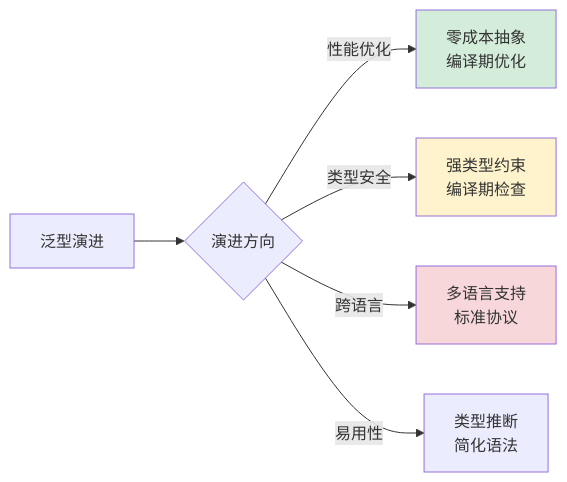
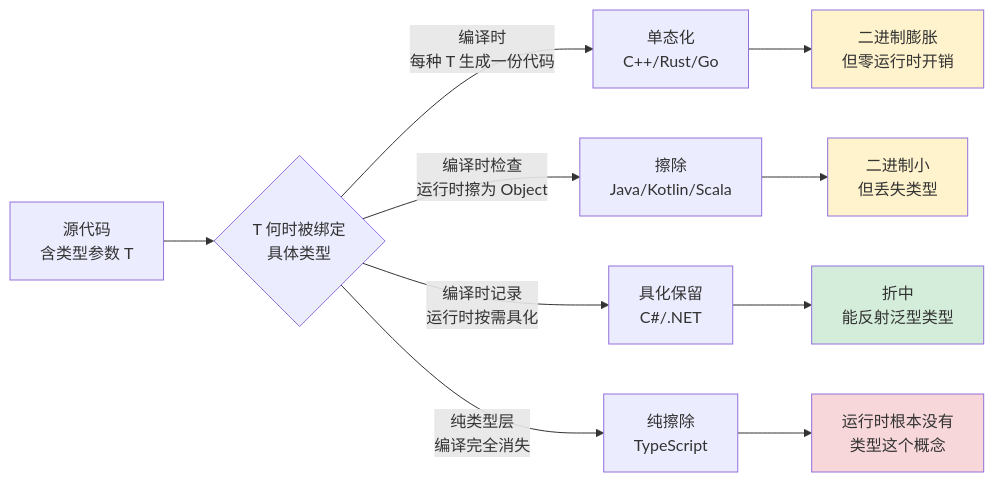
One commit to chongyang211/YCBookBlog changed the fourth of 28 diagrams in 00.通用技术的提升/02.程序编程原理/04.泛型设计灵魂思想.md. Above: the diagram before and after it, drawn with Mermaid. The commit also changed other lines of this file and 6 other files, not shown here.

````diff
--- a/00.通用技术的提升/02.程序编程原理/04.泛型设计灵魂思想.md
+++ b/00.通用技术的提升/02.程序编程原理/04.泛型设计灵魂思想.md
@@ -247,12 +284,19 @@
 ```mermaid
-graph LR
-    A[泛型演进] --> B{演进方向}
-    B -->|性能优化| C[零成本抽象<br/>编译期优化]
-    B -->|类型安全| D[强类型约束<br/>编译期检查]
-    B -->|跨语言| E[多语言支持<br/>标准协议]
-    B -->|易用性| F[类型推断<br/>简化语法]
+flowchart LR
+    A[源代码<br/>含类型参数 T] --> B{T 何时被绑定<br/>具体类型}
     
-    style C fill:#d4edda
-    style D fill:#fff3cd
-    style E fill:#f8d7da
+    B -->|编译时<br/>每种 T 生成一份代码| C[单态化<br/>C++/Rust/Go]
+    B -->|编译时检查<br/>运行时擦为 Object| D[擦除<br/>Java/Kotlin/Scala]
+    B -->|编译时记录<br/>运行时按需具化| E[具化保留<br/>C#/.NET]
+    B -->|纯类型层<br/>编译完全消失| F[纯擦除<br/>TypeScript]
+
+    C --> C1[二进制膨胀<br/>但零运行时开销]
+    D --> D1[二进制小<br/>但丢失类型]
+    E --> E1[折中<br/>能反射泛型类型]
+    F --> F1[运行时根本没有<br/>类型这个概念]
+
+    style C1 fill:#fff3cd
+    style D1 fill:#fff3cd
+    style E1 fill:#d4edda
+    style F1 fill:#f8d7da
 ```
````
